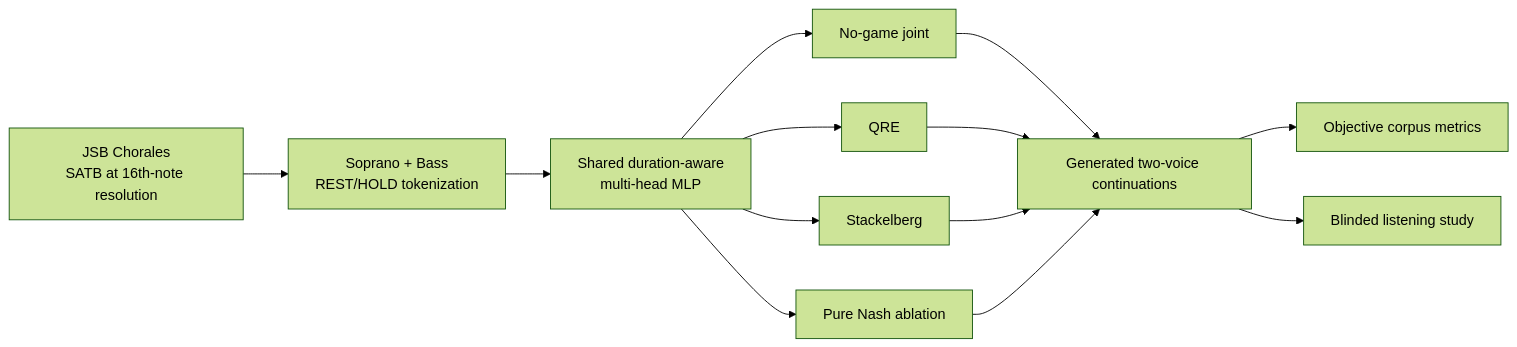
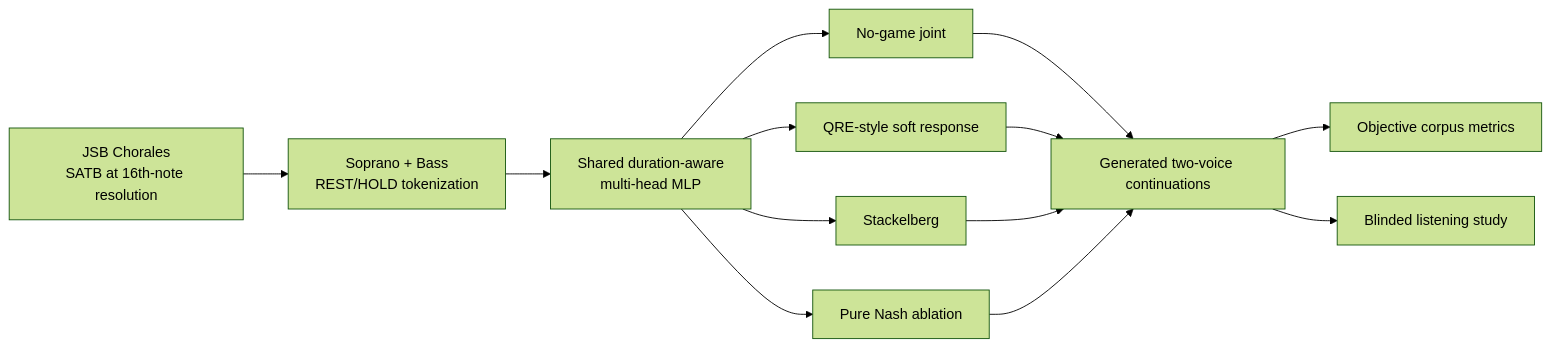
One commit to NoelTELiu/game-theoretic-music-generation changed the diagram in README.md. Above: the diagram before and after it, drawn with Mermaid (forest theme). The commit also changed other lines of this file and 7 other files, not shown here.

````diff
--- a/README.md
+++ b/README.md
@@ -15,15 +21,15 @@
 ```mermaid
 flowchart LR
     A[JSB Chorales<br/>SATB at 16th-note resolution] --> B[Soprano + Bass<br/>REST/HOLD tokenization]
     B --> C[Shared duration-aware<br/>multi-head MLP]
     C --> D1[No-game joint]
-    C --> D2[QRE]
+    C --> D2[QRE-style soft response]
     C --> D3[Stackelberg]
     C --> D4[Pure Nash ablation]
     D1 --> E[Generated two-voice continuations]
     D2 --> E
     D3 --> E
     D4 --> E
     E --> F[Objective corpus metrics]
     E --> G[Blinded listening study]
 ```
````
